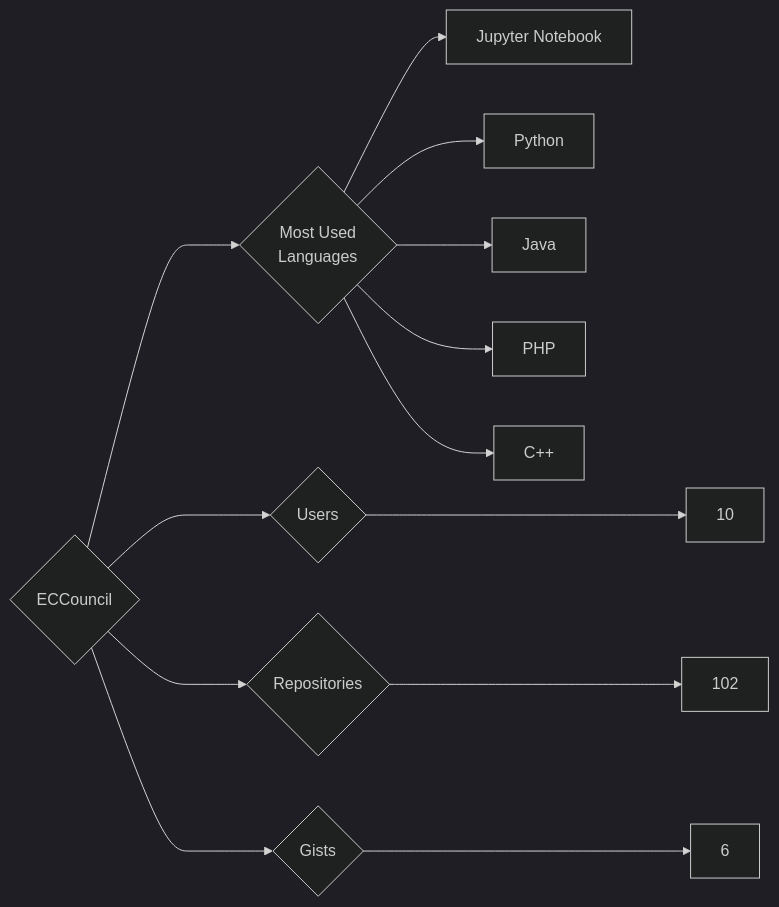
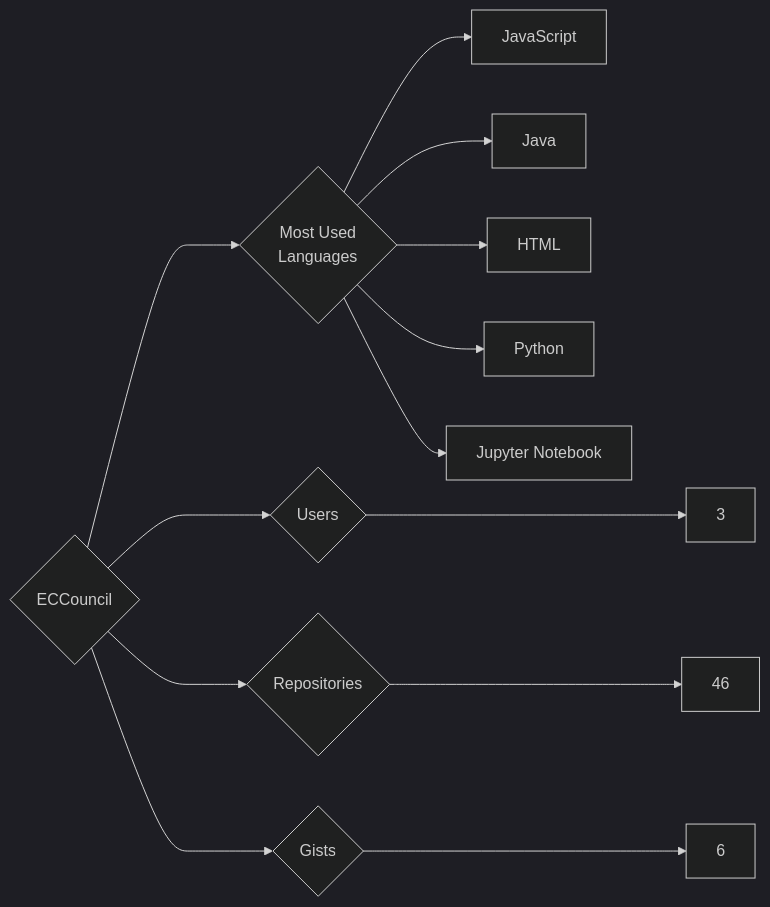
Before and after one commit to trickest/insiders: the diagram in targets/ECCouncil/README.md, drawn with Mermaid (dark theme). The commit also changed 1123 other files, not shown here.

````diff
--- a/targets/ECCouncil/README.md
+++ b/targets/ECCouncil/README.md
@@ -3,13 +3,13 @@
 ```mermaid
 graph LR
 COMPANY_NAME{ECCouncil}
-COMPANY_NAME ---> U{Users} ---> UN[10]
-COMPANY_NAME ---> R{Repositories} ---> RN[102]
+COMPANY_NAME ---> U{Users} ---> UN[3]
+COMPANY_NAME ---> R{Repositories} ---> RN[46]
 COMPANY_NAME ---> G{Gists} ---> GN[6]
 COMPANY_NAME ---> ML{Most Used<br>Languages}
+ML --> JavaScript[JavaScript]
+ML --> Java[Java]
+ML --> HTML[HTML]
+ML --> Python[Python]
 ML --> Jupyter_Notebook[Jupyter Notebook]
-ML --> Python[Python]
-ML --> Java[Java]
-ML --> PHP[PHP]
-ML --> C++[C++]
 ```
````
